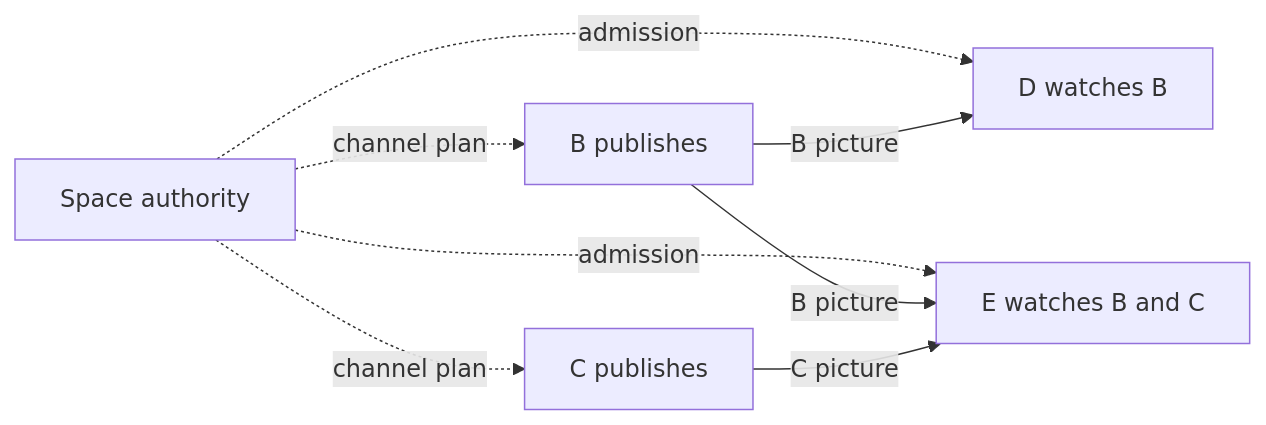
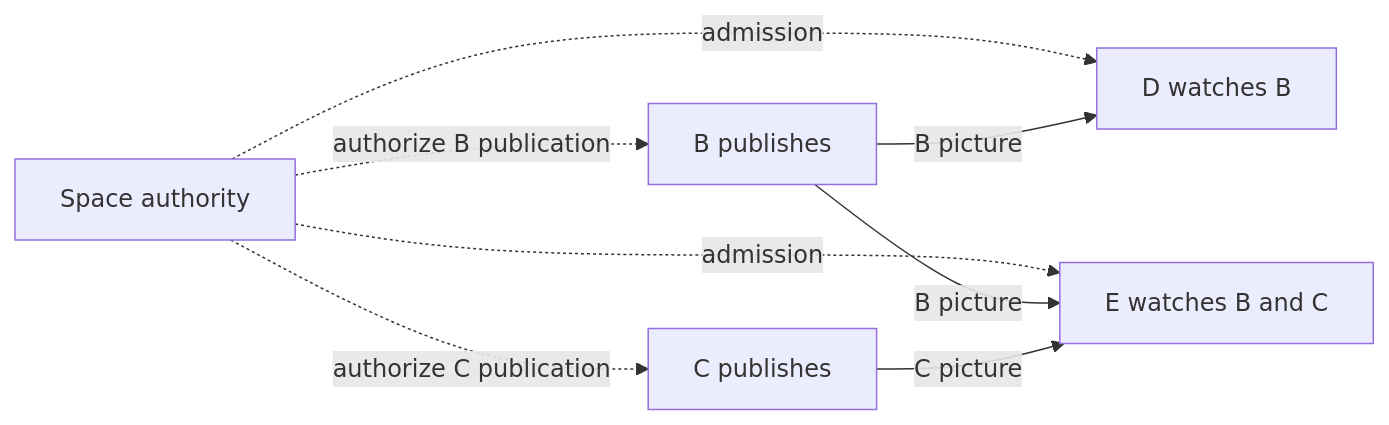
The diagram in docs/research/channel-network-design.md (TNTcraftHIM/Piik), drawn with Mermaid before and after one commit. The commit also changed other lines of this file and 2 other files, not shown here.

Commit message:
docs(prototype): isolate publication scheduling from resource accounting

````diff
--- a/docs/research/channel-network-design.md
+++ b/docs/research/channel-network-design.md
@@ -155,10 +158,10 @@
 ```mermaid
 flowchart LR
-  A[Space authority] -. channel plan .-> B[B publishes]
-  A -. channel plan .-> C[C publishes]
+  A[Space authority] -. authorize B publication .-> B[B publishes]
+  A -. authorize C publication .-> C[C publishes]
   A -. admission .-> D[D watches B]
   A -. admission .-> E[E watches B and C]
   B -->|B picture| D
   B -->|B picture| E
   C -->|C picture| E
 ```
````
